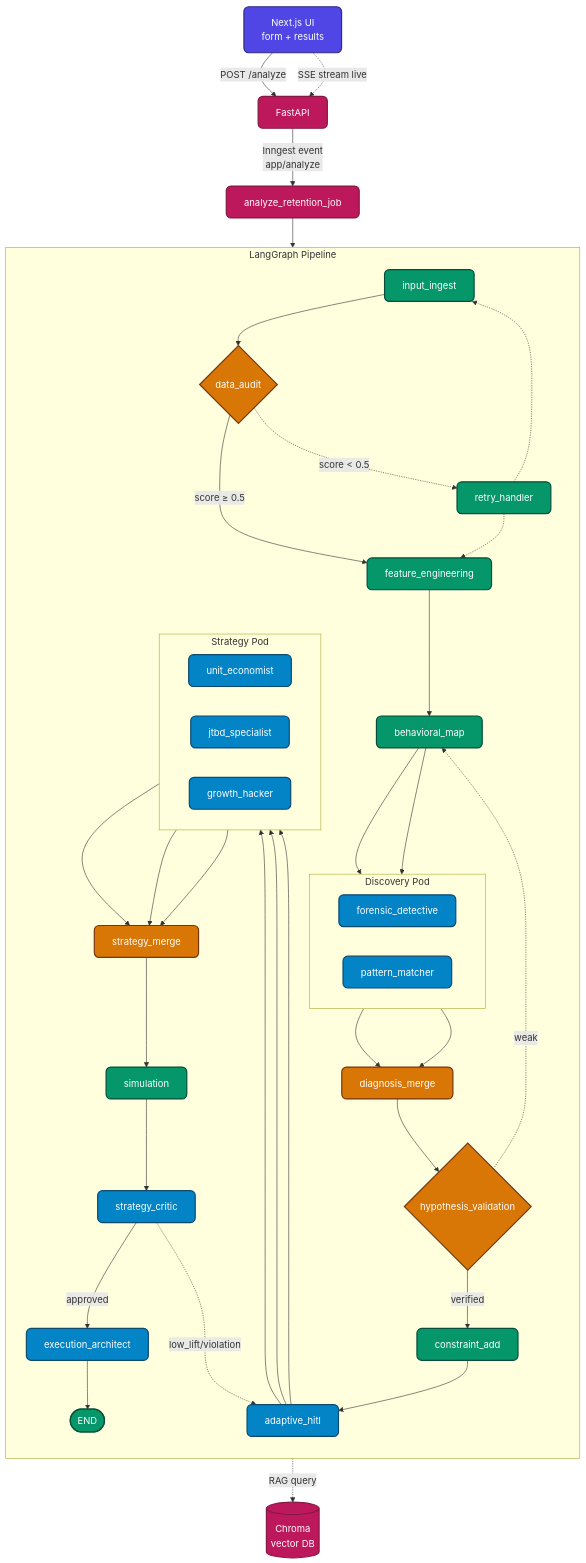
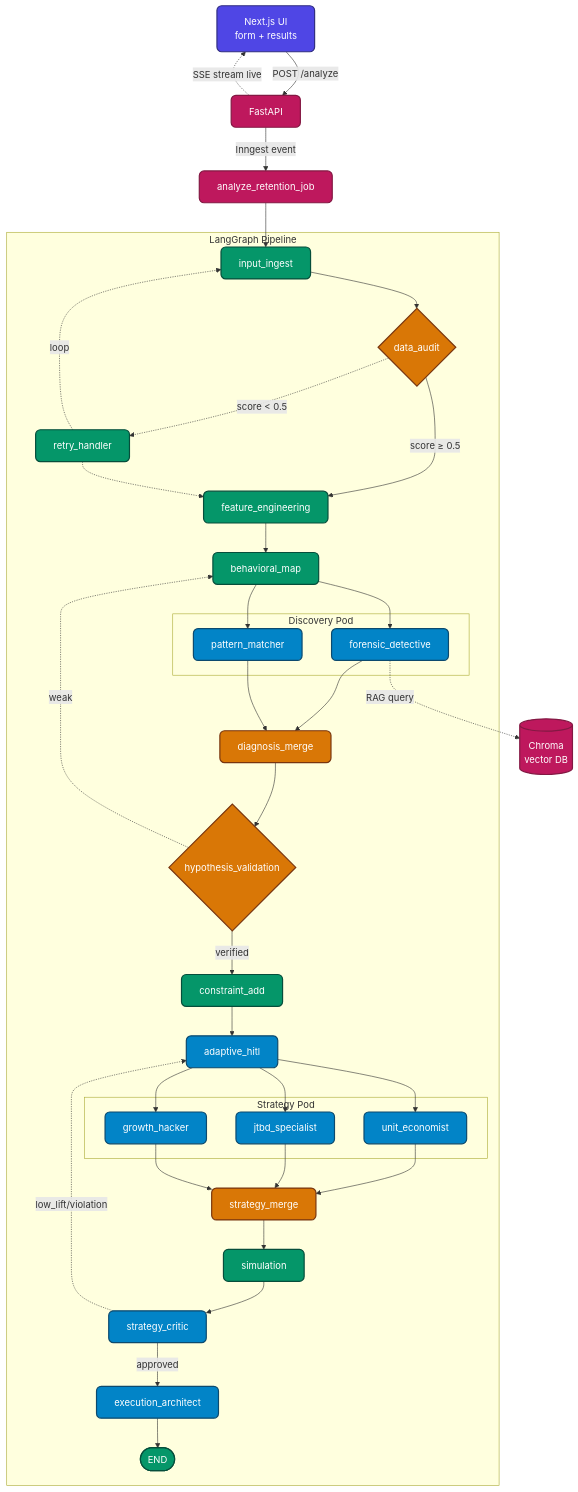
The first of 3 diagrams in README.md (Srijan76-code/Retain_AI), drawn with Mermaid before and after one commit.

Commit message:
15.docs: refactor LangGraph Mermaid diagram for improved readability and flow logic

```diff
--- a/README.md
+++ b/README.md
@@ -35,57 +35,59 @@
     classDef gate fill:#d97706,stroke:#78350f,stroke-width:2px,color:#fff,rx:8px,ry:8px;
 
     UI[Next.js UI<br/>form + results]:::ui -->|POST /analyze| API[FastAPI]:::ext
-    API -->|Inngest event<br/>app/analyze| JOB[analyze_retention_job]:::ext
-    UI -.->|SSE stream live| API
-    JOB --> G
+    API -.->|SSE stream live| UI
+    API -->|Inngest event| JOB[analyze_retention_job]:::ext
+    JOB --> II
 
     subgraph G [LangGraph Pipeline]
-        direction TB
         II[input_ingest]:::util --> DA{data_audit}:::gate
+        
+        %% Main branch
         DA -->|score ≥ 0.5| FE[feature_engineering]:::util
+        
+        %% Side branch
         DA -.->|score &lt; 0.5| RH[retry_handler]:::util
         RH -.-> FE
-        RH -.-> II
+        
         FE --> BM[behavioral_map]:::util
         
         subgraph Discovery [Discovery Pod]
-            direction LR
             FD[forensic_detective]:::agent
             PM[pattern_matcher]:::agent
         end
         
-        BM --> FD
-        BM --> PM
-        FD --> DM[diagnosis_merge]:::gate
-        PM --> DM
+        BM --> FD & PM
+        FD & PM --> DM[diagnosis_merge]:::gate
+        
         DM --> HV{hypothesis_validation}:::gate
         HV -->|verified| CA[constraint_add]:::util
-        HV -.->|weak| BM
+        
         CA --> HITL[adaptive_hitl]:::agent
         
         subgraph Strategy [Strategy Pod]
-            direction LR
             UE[unit_economist]:::agent
             JTBD[jtbd_specialist]:::agent
             GH[growth_hacker]:::agent
         end
         
-        HITL --> UE
-        HITL --> JTBD
-        HITL --> GH
-        UE --> SM[strategy_merge]:::gate
-        JTBD --> SM
-        GH --> SM
+        HITL --> UE & JTBD & GH
+        UE & JTBD & GH --> SM[strategy_merge]:::gate
         
         SM --> SIM[simulation]:::util
         SIM --> SC[strategy_critic]:::agent
         SC -->|approved| EA[execution_architect]:::agent
+        EA --> END([END]):::util
+        
+        %% Loops (placed at end to keep DAG rank aligned)
+        RH -.->|loop| II
+        HV -.->|weak| BM
         SC -.->|low_lift/violation| HITL
-        EA --> END([END]):::util
     end
 
-    FD -.->|RAG query| RAG[(Chroma<br/>vector DB)]:::ext
+    RAG[(Chroma<br/>vector DB)]:::ext
+    FD -.->|RAG query| RAG
 
+    %% Interactivity
     click II href "./docs/nodes/input-ingest.md" "Input Ingest Node"
     click DA href "./docs/nodes/data-audit.md" "Data Audit Node (Decision Gate)"
     click RH href "./docs/nodes/retry-handler.md" "Retry Handler Node"
```
